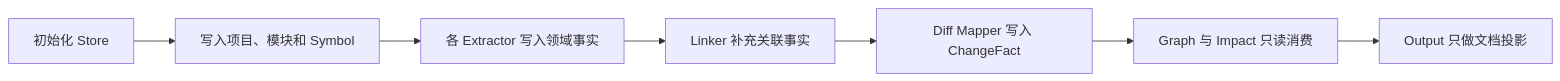
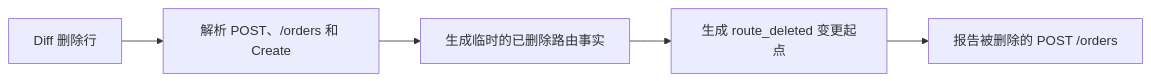
Before and after one commit to Flying-Bird1999/go-analyzer: diagram 11 of 15 in TECH-DESIGN-impact-analysis.md, drawn with Mermaid. The commit also changed other lines of this file, not shown here.

````diff
--- a/TECH-DESIGN-impact-analysis.md
+++ b/TECH-DESIGN-impact-analysis.md
@@ -322,12 +696,10 @@
 ```mermaid
 flowchart LR
-    INIT["初始化 Store"]
-    BASE["写入项目、模块和 Symbol"]
-    DOMAIN["各 Extractor 写入领域事实"]
-    LINK["Linker 补充关联事实"]
-    CHANGE["Diff Mapper 写入 ChangeFact"]
-    READONLY["Graph 与 Impact 只读消费"]
-    DOC["Output 只做文档投影"]
+    DELETE["Diff 删除行"]
+    PARSE["解析 POST、/orders 和 Create"]
+    RECOVER["生成临时的已删除路由事实"]
+    CHANGE["生成 route_deleted 变更起点"]
+    RESULT["报告被删除的 POST /orders"]
 
-    INIT --> BASE --> DOMAIN --> LINK --> CHANGE --> READONLY --> DOC
+    DELETE --> PARSE --> RECOVER --> CHANGE --> RESULT
 ```
````
